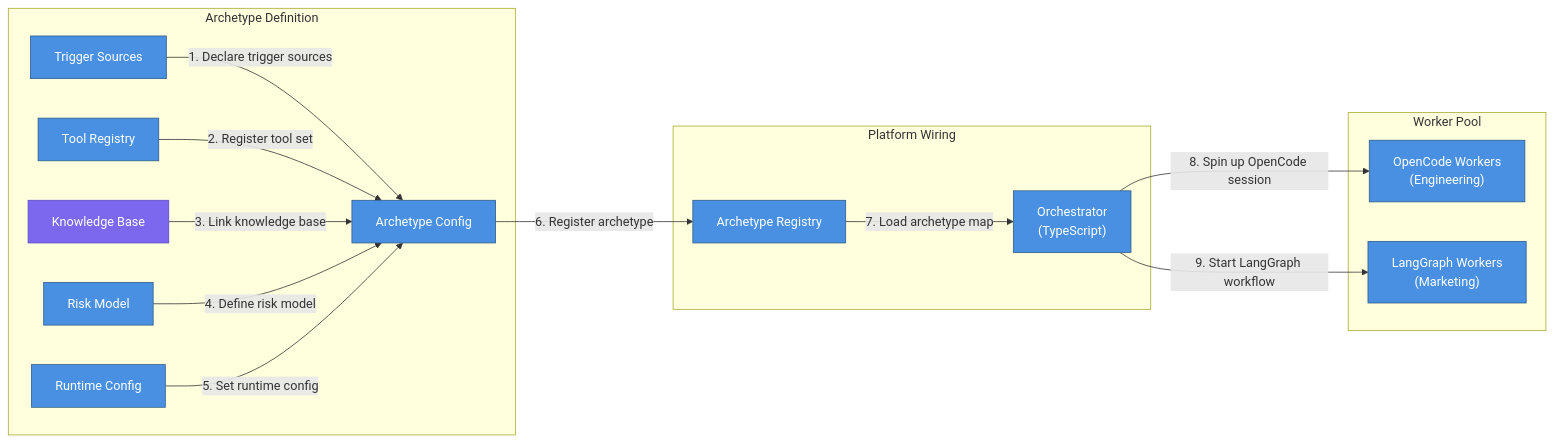
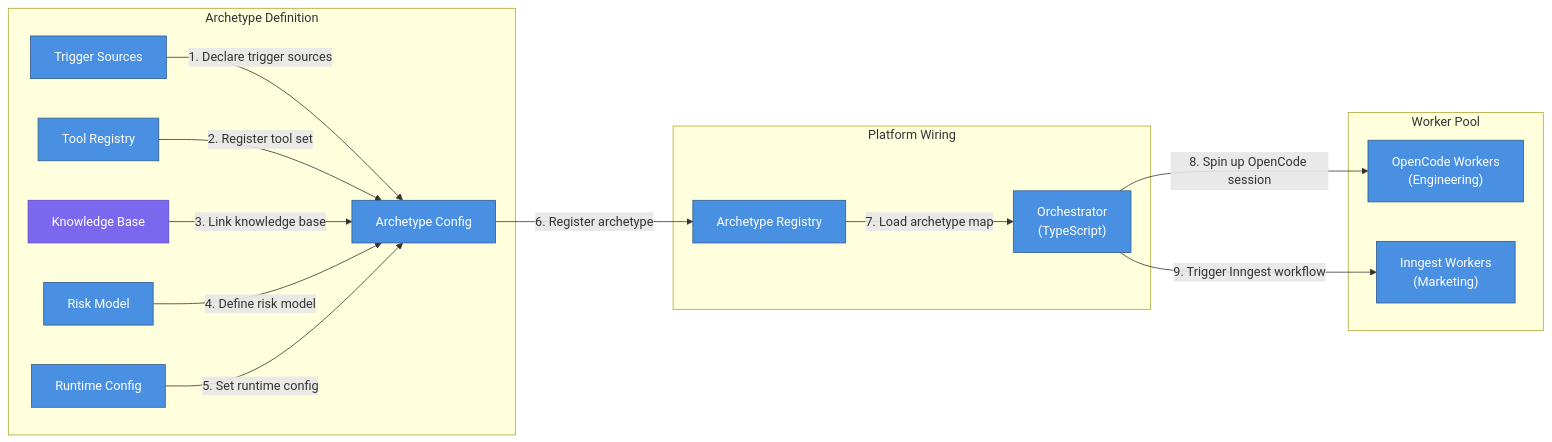
One commit to viiqswim/dozaldevs-ai-employee changed the second of 15 diagrams in docs/2026-03-22-2317-ai-employee-architecture.md. Above: the diagram before and after it, drawn with Mermaid. The commit also changed other lines of this file, not shown here.

Commit message:
docs: simplify stack for speed-to-V1 — replace BullMQ/LangGraph/LangSmith with Inngest, add deferred capabilities section

````diff
--- a/docs/2026-03-22-2317-ai-employee-architecture.md
+++ b/docs/2026-03-22-2317-ai-employee-architecture.md
@@ -190,34 +191,34 @@
 ```mermaid
 graph LR
     subgraph Archetype Definition
         CONFIG["Archetype Config"]:::service
         TRIGGERS["Trigger Sources"]:::service
         TOOLS["Tool Registry"]:::service
         KB["Knowledge Base"]:::storage
         RISK["Risk Model"]:::service
         RUNTIME["Runtime Config"]:::service
     end
 
     subgraph Platform Wiring
         REG["Archetype Registry"]:::service
         ORCH["Orchestrator\n(TypeScript)"]:::service
     end
 
     subgraph Worker Pool
         OC["OpenCode Workers\n(Engineering)"]:::service
-        LG["LangGraph Workers\n(Marketing)"]:::service
+        IG["Inngest Workers\n(Marketing)"]:::service
     end
 
     TRIGGERS -->|"1. Declare trigger sources"| CONFIG
     TOOLS -->|"2. Register tool set"| CONFIG
     KB -->|"3. Link knowledge base"| CONFIG
     RISK -->|"4. Define risk model"| CONFIG
     RUNTIME -->|"5. Set runtime config"| CONFIG
     CONFIG -->|"6. Register archetype"| REG
     REG -->|"7. Load archetype map"| ORCH
     ORCH -->|"8. Spin up OpenCode session"| OC
-    ORCH -->|"9. Start LangGraph workflow"| LG
+    ORCH -->|"9. Trigger Inngest workflow"| IG
 
     classDef service fill:#4A90E2,stroke:#2E5C8A,color:#fff
     classDef storage fill:#7B68EE,stroke:#5B4BC7,color:#fff
 ```
````
